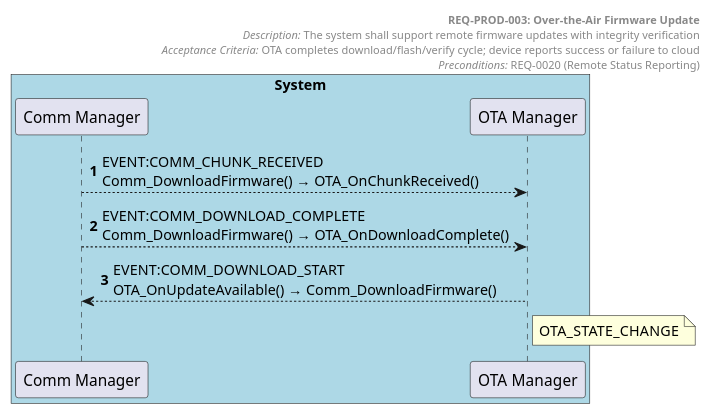
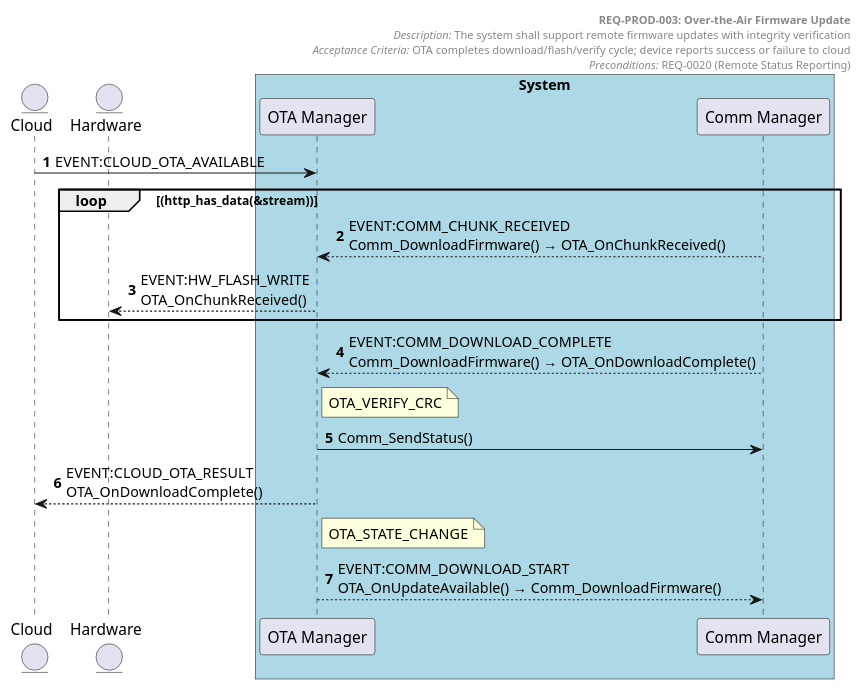
Before and after one commit to tvanfossen/doxygen-guard-example: the diagram in docs/generated/sequences/REQ-PROD-003.puml, drawn with PlantUML. The commit also changed 18 other files, not shown here.

First line of the commit message:
Add provisioning example, regenerate all diagrams with AST pipeline

```diff
--- a/docs/generated/sequences/REQ-PROD-003.puml
+++ b/docs/generated/sequences/REQ-PROD-003.puml
@@ -1,22 +1,32 @@
 @startuml REQ-PROD-003 Over-the-Air Firmware Update
 autonumber
 
+entity "Cloud" as Cloud
+entity "Hardware" as Hardware
+
 box "System" #LightBlue
+  participant "OTA Manager" as OTA_Manager
   participant "Comm Manager" as Comm_Manager
-  participant "OTA Manager" as OTA_Manager
 end box
 
 header
   **REQ-PROD-003: Over-the-Air Firmware Update**
   //Description:// The system shall support remote firmware updates with integrity verification
   //Acceptance Criteria:// OTA completes download/flash/verify cycle; device reports success or failure to cloud
   //Preconditions:// REQ-0020 (Remote Status Reporting)
 end header
 
 
+Cloud -> OTA_Manager: EVENT:CLOUD_OTA_AVAILABLE
+loop (http_has_data(&stream))
 Comm_Manager --> OTA_Manager: EVENT:COMM_CHUNK_RECEIVED\nComm_DownloadFirmware() → OTA_OnChunkReceived()
+OTA_Manager --> Hardware: EVENT:HW_FLASH_WRITE\nOTA_OnChunkReceived()
+end loop
 Comm_Manager --> OTA_Manager: EVENT:COMM_DOWNLOAD_COMPLETE\nComm_DownloadFirmware() → OTA_OnDownloadComplete()
+note right of OTA_Manager: OTA_VERIFY_CRC
+OTA_Manager -> Comm_Manager: Comm_SendStatus()
+OTA_Manager --> Cloud: EVENT:CLOUD_OTA_RESULT\nOTA_OnDownloadComplete()
+note right of OTA_Manager: OTA_STATE_CHANGE
 OTA_Manager --> Comm_Manager: EVENT:COMM_DOWNLOAD_START\nOTA_OnUpdateAvailable() → Comm_DownloadFirmware()
-note right of OTA_Manager: OTA_STATE_CHANGE
 
 @enduml
```
